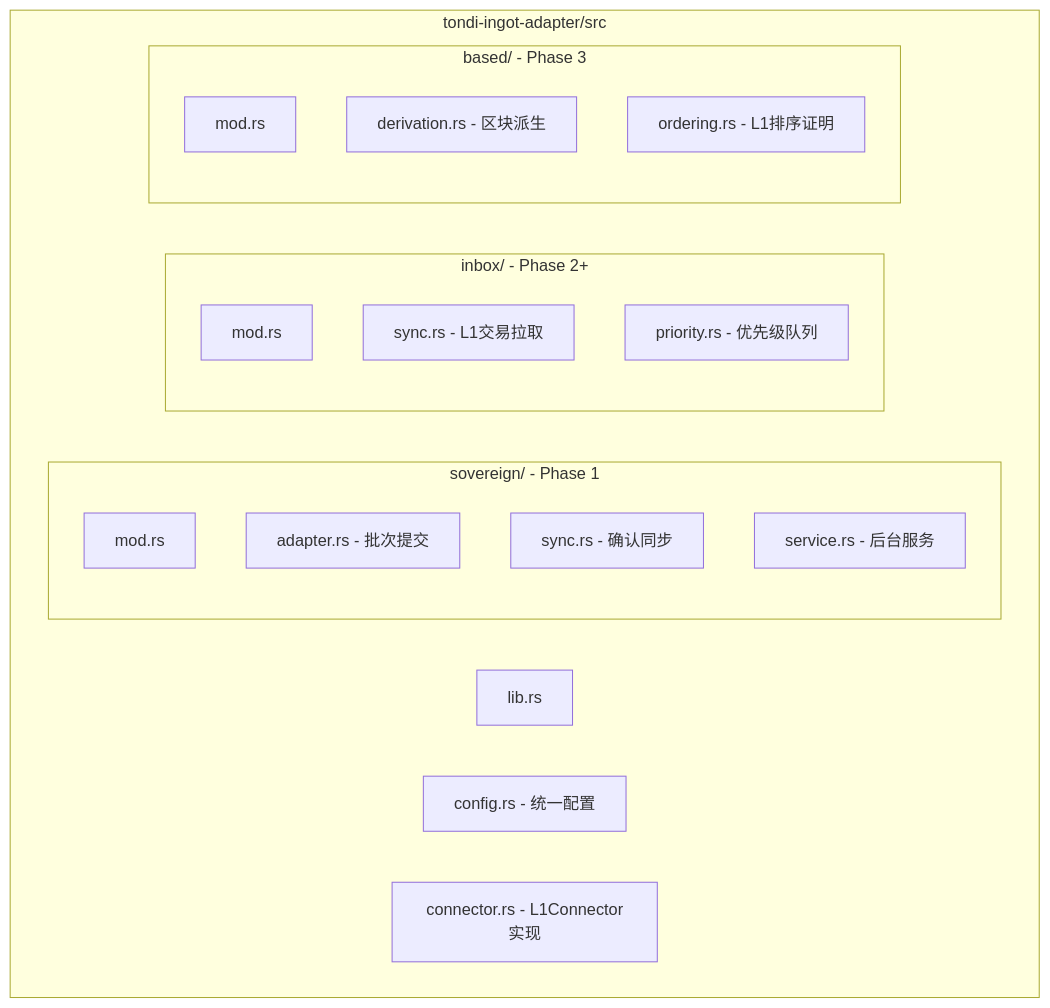
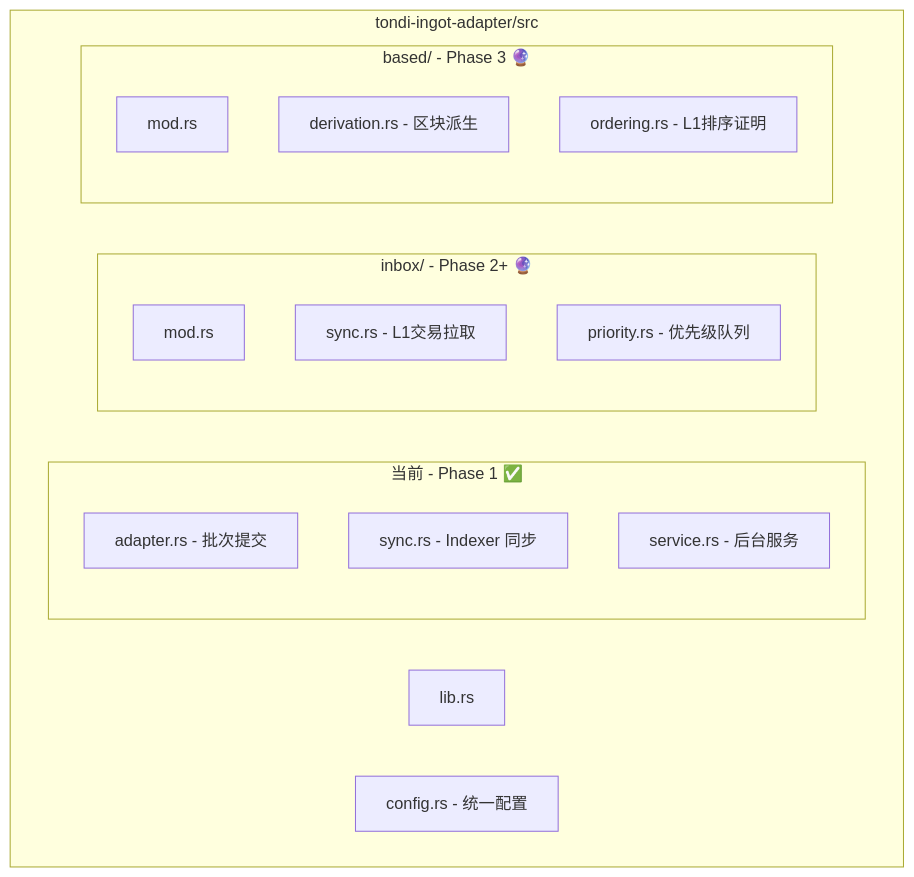
Before and after one commit to tsukifune-kosei/fuel-core-tondi: diagram 11 of 11 in docs/L1-L2 Reorg-Proof Sync Paradigms A & B.md, drawn with Mermaid. The commit also changed other lines of this file and 7 other files, not shown here.

First line of the commit message:
feat(tondi-ingot-adapter): implement L1-L2 reorg-proof sync via Indexer polling (Plan B)

````diff
--- a/docs/L1-L2 Reorg-Proof Sync Paradigms A & B.md
+++ b/docs/L1-L2 Reorg-Proof Sync Paradigms A & B.md
@@ -430,27 +603,25 @@
 ```mermaid
 flowchart TB
     subgraph Crate[tondi-ingot-adapter/src]
         LIB[lib.rs]
         CFG[config.rs - 统一配置]
-        CON[connector.rs - L1Connector实现]
         
-        subgraph SOV[sovereign/ - Phase 1]
-            S1[mod.rs]
+        subgraph Current[当前 - Phase 1 ✅]
             S2[adapter.rs - 批次提交]
-            S3[sync.rs - 确认同步]
+            S3[sync.rs - Indexer 同步]
             S4[service.rs - 后台服务]
         end
         
-        subgraph INB[inbox/ - Phase 2+]
+        subgraph INB[inbox/ - Phase 2+ 🔮]
             I1[mod.rs]
             I2[sync.rs - L1交易拉取]
             I3[priority.rs - 优先级队列]
         end
         
-        subgraph BAS[based/ - Phase 3]
+        subgraph BAS[based/ - Phase 3 🔮]
             B1[mod.rs]
             B2[derivation.rs - 区块派生]
             B3[ordering.rs - L1排序证明]
         end
     end
 ```
````
